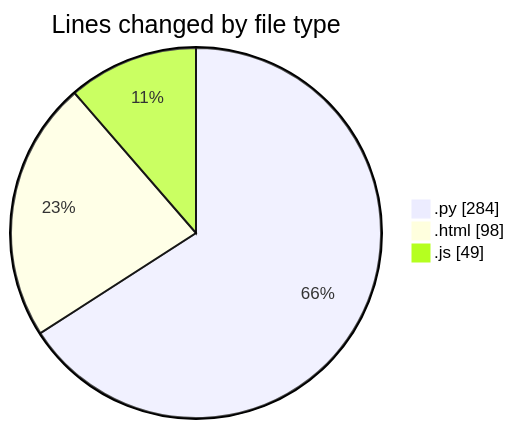
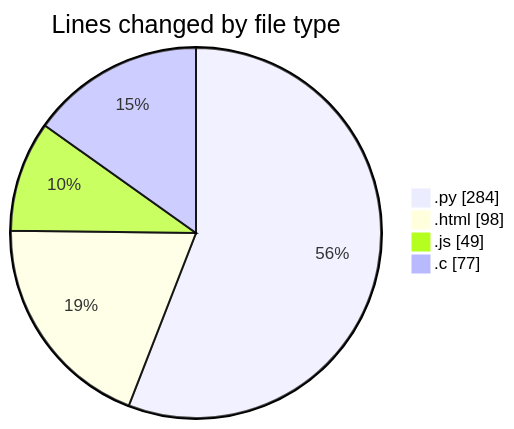
Before and after one commit to Ritupan-Deka/code-tracking: the first of 2 diagrams in 2025-01-21/projects/README.md, drawn with Mermaid. The commit also changed other lines of this file and 1 other file, not shown here.

````diff
--- a/2025-01-21/projects/README.md
+++ b/2025-01-21/projects/README.md
@@ -30,7 +31,8 @@
 ```mermaid
 pie showData
 title Lines changed by file type
 ".py" : 284
 ".html" : 98
 ".js" : 49
+".c" : 77
 ```
````
